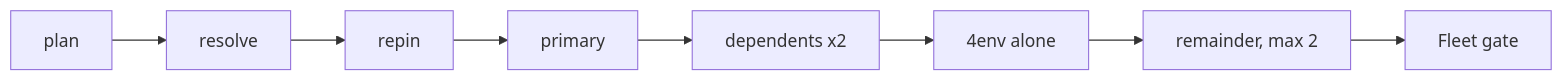
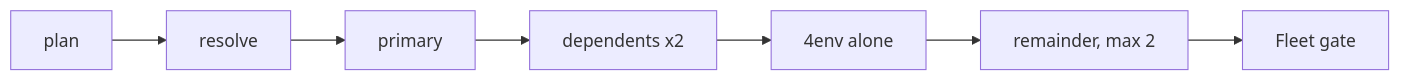
Before and after one commit to stablekernel/cascade: the diagram in docs/src/content/docs/release-orchestration.md, drawn with Mermaid. The commit also changed other lines of this file and 5 other files, not shown here.

````diff
--- a/docs/src/content/docs/release-orchestration.md
+++ b/docs/src/content/docs/release-orchestration.md
@@ -33,10 +33,9 @@
 ```mermaid
 flowchart LR
   plan[plan] --> resolve[resolve]
-  resolve --> repin[repin]
-  repin --> primary[primary]
+  resolve --> primary[primary]
   primary --> dependents[dependents x2]
   dependents --> heavy[4env alone]
   heavy --> remainder[remainder, max 2]
   remainder --> aggregate[Fleet gate]
 ```
````
